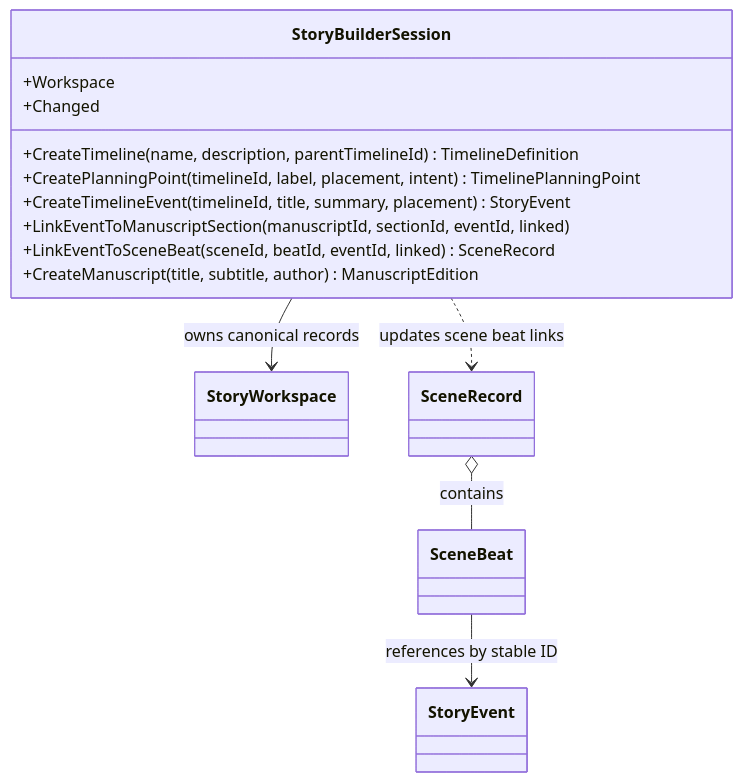
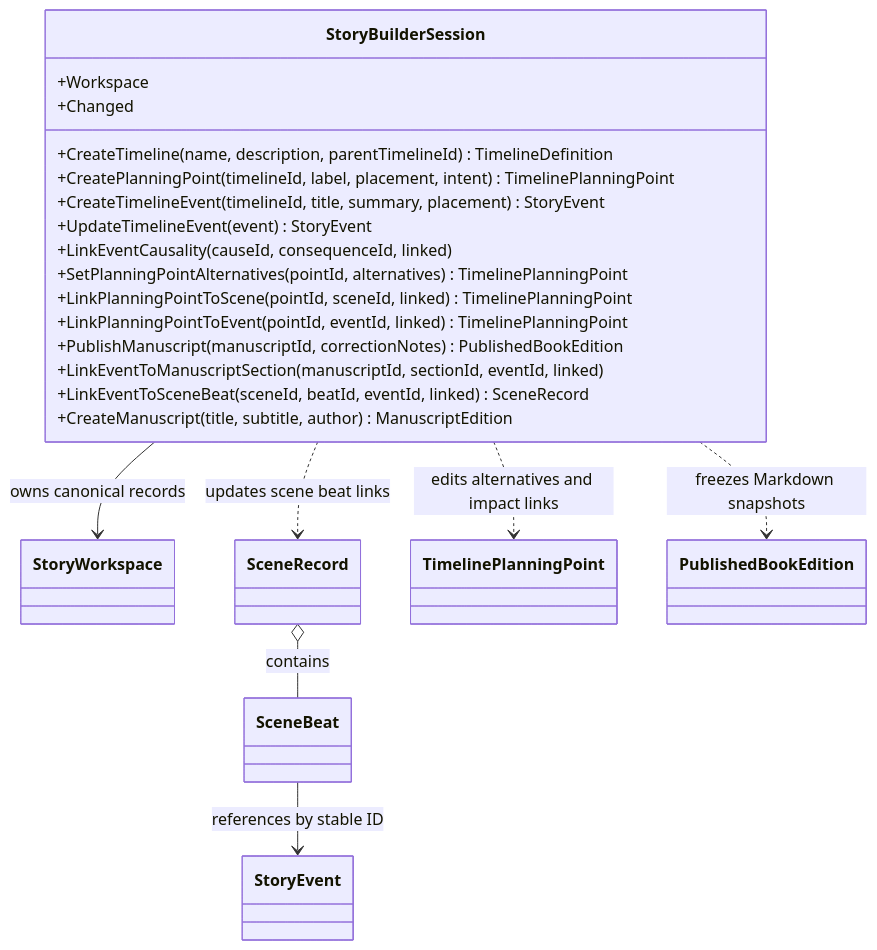
The diagram in docs/UML/StoryBuilderSessionUML.md (TrentBest/StoryBuilder), drawn with Mermaid before and after one commit. The commit also changed other lines of this file, not shown here.

Commit message:
Update session UML for new domain operations

````diff
--- a/docs/UML/StoryBuilderSessionUML.md
+++ b/docs/UML/StoryBuilderSessionUML.md
@@ -3,21 +3,31 @@
 ```mermaid
 classDiagram
     class StoryBuilderSession {
         +Workspace
         +CreateTimeline(name, description, parentTimelineId) TimelineDefinition
         +CreatePlanningPoint(timelineId, label, placement, intent) TimelinePlanningPoint
         +CreateTimelineEvent(timelineId, title, summary, placement) StoryEvent
+        +UpdateTimelineEvent(event) StoryEvent
+        +LinkEventCausality(causeId, consequenceId, linked)
+        +SetPlanningPointAlternatives(pointId, alternatives) TimelinePlanningPoint
+        +LinkPlanningPointToScene(pointId, sceneId, linked) TimelinePlanningPoint
+        +LinkPlanningPointToEvent(pointId, eventId, linked) TimelinePlanningPoint
+        +PublishManuscript(manuscriptId, correctionNotes) PublishedBookEdition
         +LinkEventToManuscriptSection(manuscriptId, sectionId, eventId, linked)
         +LinkEventToSceneBeat(sceneId, beatId, eventId, linked) SceneRecord
         +CreateManuscript(title, subtitle, author) ManuscriptEdition
         +Changed
     }
     class StoryWorkspace
     class SceneRecord
     class SceneBeat
+    class TimelinePlanningPoint
+    class PublishedBookEdition
     class StoryEvent
     StoryBuilderSession --> StoryWorkspace : owns canonical records
+    StoryBuilderSession ..> TimelinePlanningPoint : edits alternatives and impact links
+    StoryBuilderSession ..> PublishedBookEdition : freezes Markdown snapshots
     StoryBuilderSession ..> SceneRecord : updates scene beat links
     SceneRecord o-- SceneBeat : contains
     SceneBeat --> StoryEvent : references by stable ID
 ```
````
